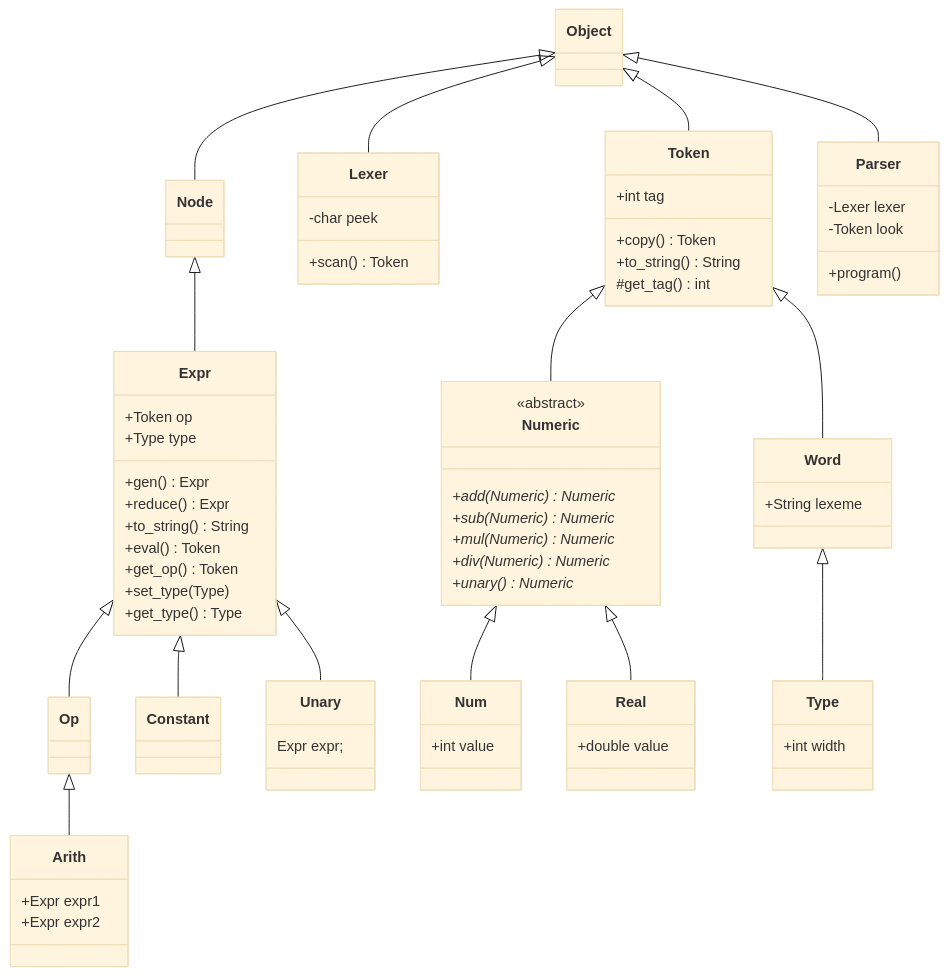
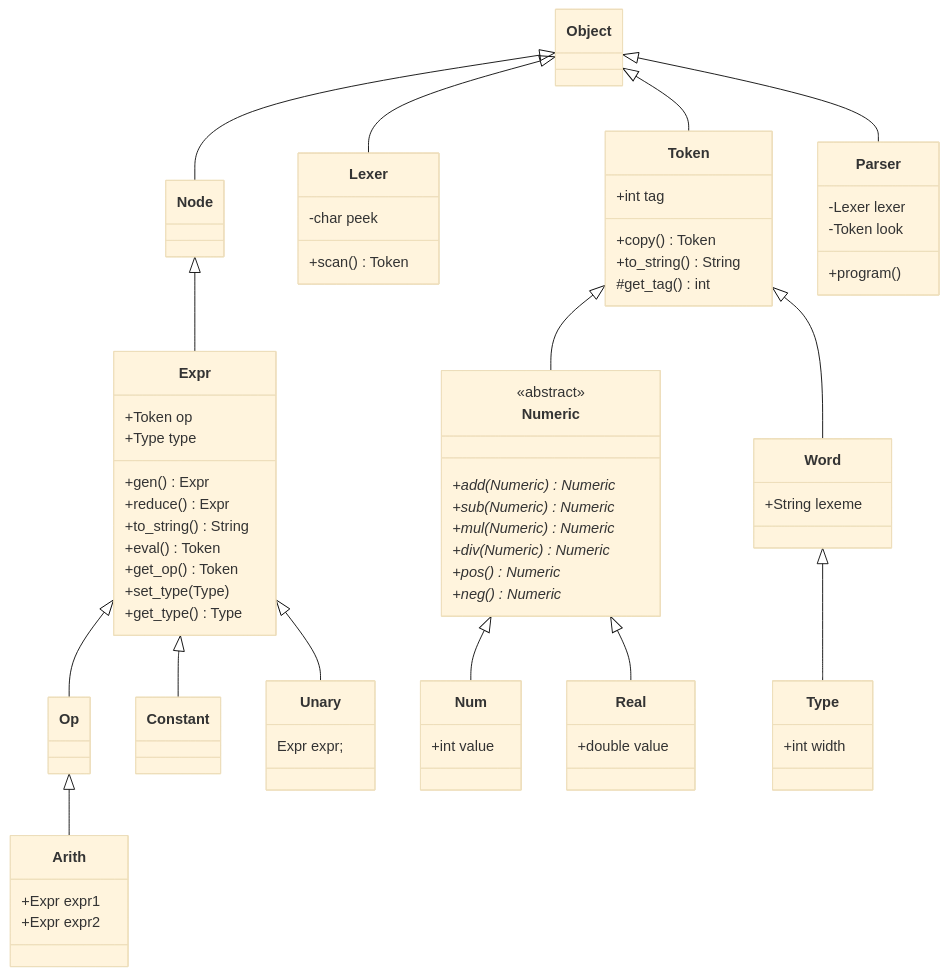
One commit to nwhean/42_computorv changed the diagram in diagram.md. Above: the diagram before and after it, drawn with Mermaid (base theme). The commit also changed 10 other files, not shown here.

```diff
--- a/diagram.md
+++ b/diagram.md
@@ -56,7 +56,8 @@
 		+sub(Numeric) Numeric*
 		+mul(Numeric) Numeric*
 		+div(Numeric) Numeric*
-		+unary() Numeric*
+		+pos() Numeric*
+		+neg() Numeric*
 	}
 
 	Numeric <|-- Real
```
